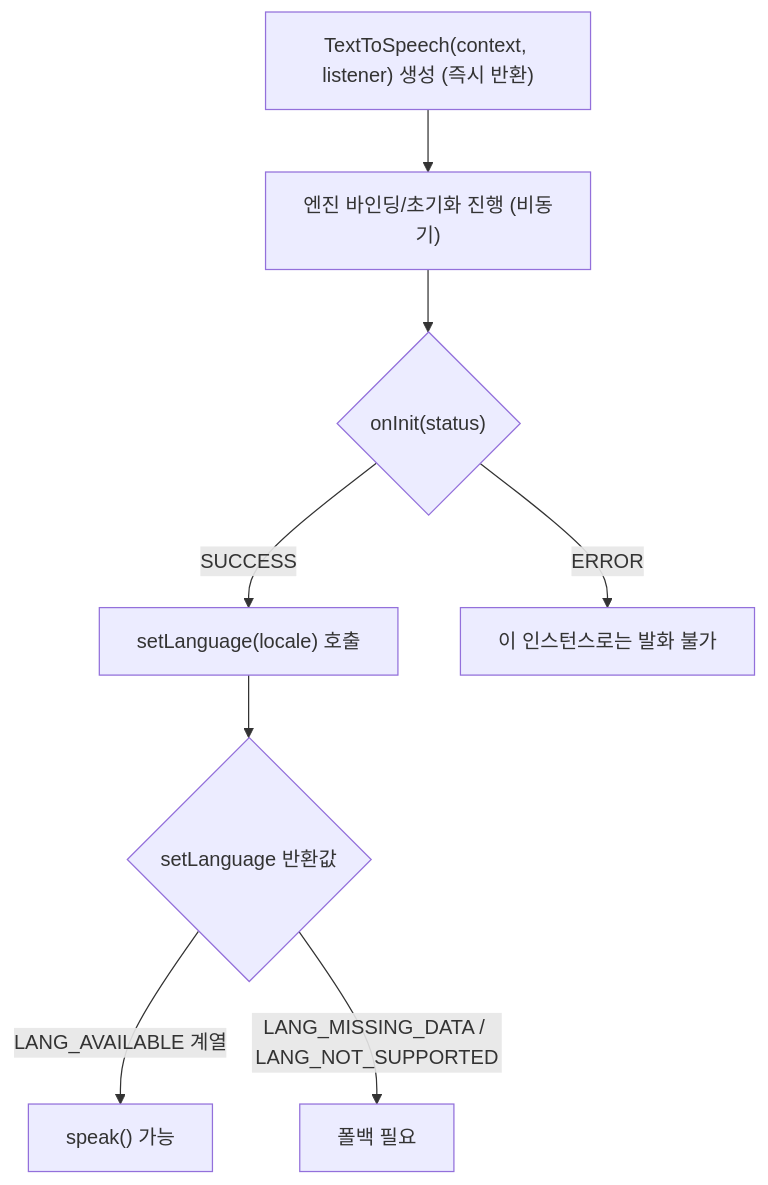
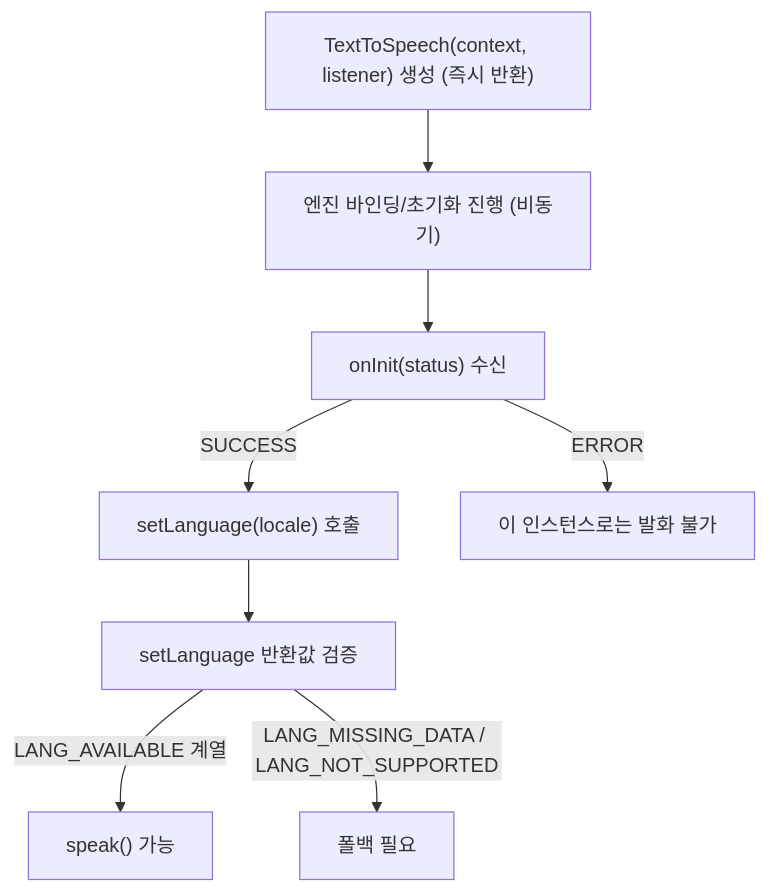
One commit to youngmin-gwon/what-i-studied changed the diagram in 01_inbox/mobile/android/04_system_services/device-capabilities/speech-contracts/texttospeech-initializes-asynchronously-and-needs-a-language-availability-check.md. Above: the diagram before and after it, drawn with Mermaid. The commit also changed other lines of this file and 247 other files, not shown here.

````diff
--- a/01_inbox/mobile/android/04_system_services/device-capabilities/speech-contracts/texttospeech-initializes-asynchronously-and-needs-a-language-availability-check.md
+++ b/01_inbox/mobile/android/04_system_services/device-capabilities/speech-contracts/texttospeech-initializes-asynchronously-and-needs-a-language-availability-check.md
@@ -69,10 +69,10 @@
 ```mermaid
 flowchart TD
     A["TextToSpeech(context, listener) 생성 (즉시 반환)"] --> B["엔진 바인딩/초기화 진행 (비동기)"]
-    B --> C{"onInit(status)"}
+    B --> C["onInit(status) 수신"]
     C -->|"SUCCESS"| D["setLanguage(locale) 호출"]
-    D --> E{"setLanguage 반환값"}
+    D --> E["setLanguage 반환값 검증"]
     E -->|"LANG_AVAILABLE 계열"| F["speak() 가능"]
     E -->|"LANG_MISSING_DATA / LANG_NOT_SUPPORTED"| G["폴백 필요"]
     C -->|"ERROR"| H["이 인스턴스로는 발화 불가"]
 ```
````
